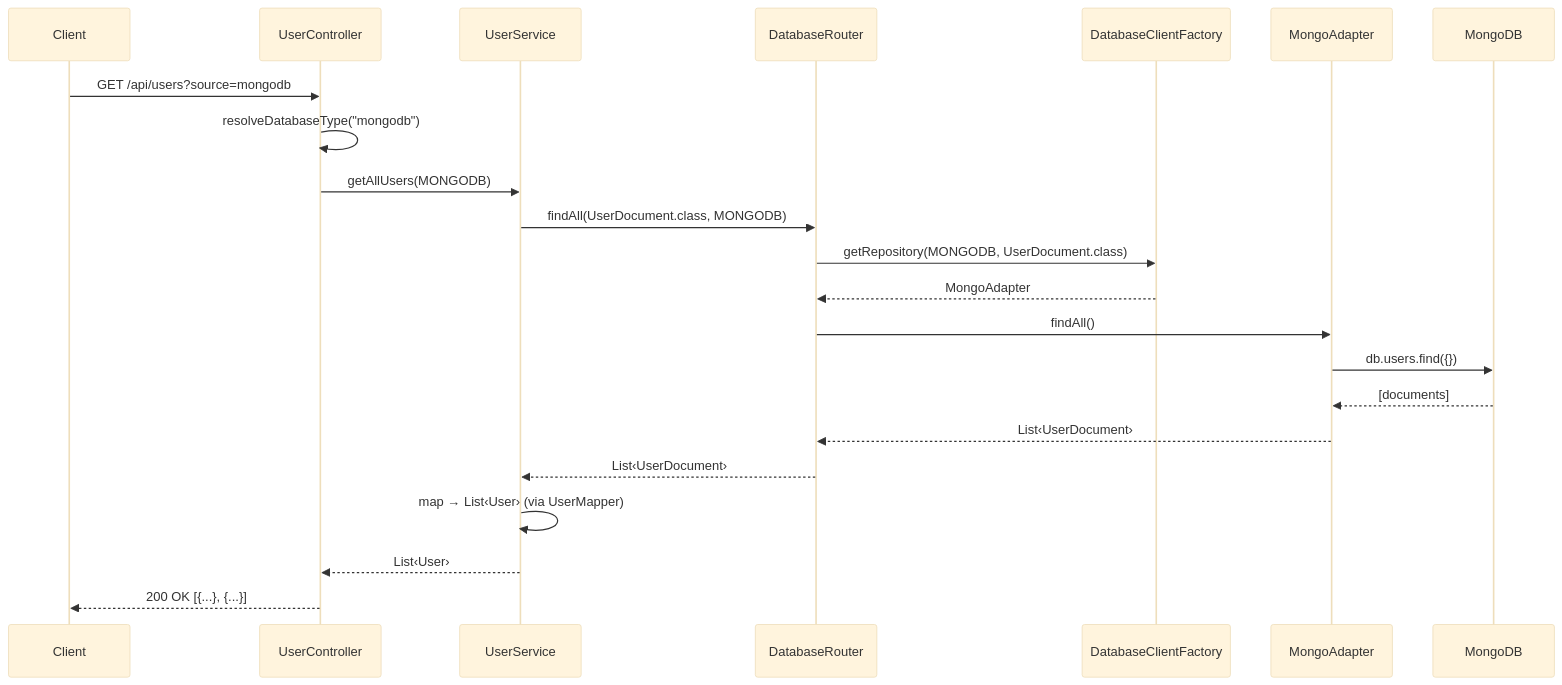
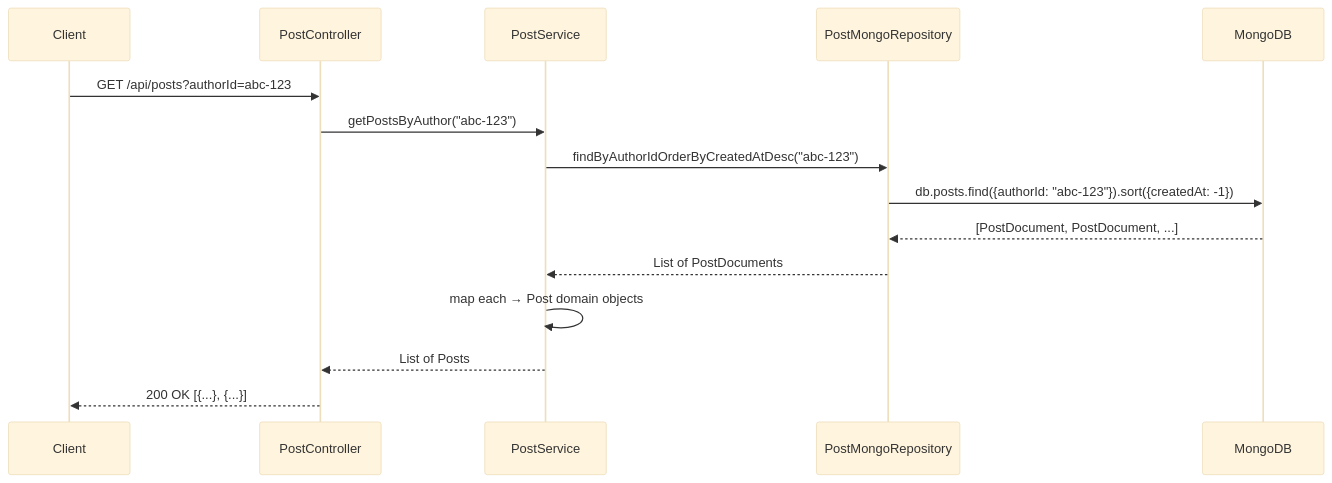
The sixth of 7 diagrams in README.md (tapeshchavle/twotier-db), drawn with Mermaid (base theme) before and after one commit. The commit also changed other lines of this file and 21 other files, not shown here.

````diff
--- a/README.md
+++ b/README.md
@@ -434,25 +310,18 @@
 ```mermaid
 sequenceDiagram
     participant Client
-    participant Controller as UserController
-    participant Service as UserService
-    participant Router as DatabaseRouter
-    participant Factory as DatabaseClientFactory
-    participant MongoAdapter as MongoAdapter
-    participant Mongo as MongoDB
+    participant PostController
+    participant PostService
+    participant PostMongoRepository
+    participant MongoDB
 
-    Client->>Controller: GET /api/users?source=mongodb
-    Controller->>Controller: resolveDatabaseType("mongodb")
-    Controller->>Service: getAllUsers(MONGODB)
-    Service->>Router: findAll(UserDocument.class, MONGODB)
-    Router->>Factory: getRepository(MONGODB, UserDocument.class)
-    Factory-->>Router: MongoAdapter
-    Router->>MongoAdapter: findAll()
-    MongoAdapter->>Mongo: db.users.find({})
-    Mongo-->>MongoAdapter: [documents]
-    MongoAdapter-->>Router: List‹UserDocument›
-    Router-->>Service: List‹UserDocument›
-    Service->>Service: map → List‹User› (via UserMapper)
-    Service-->>Controller: List‹User›
-    Controller-->>Client: 200 OK [{...}, {...}]
+    Client->>PostController: GET /api/posts?authorId=abc-123
+    PostController->>PostService: getPostsByAuthor("abc-123")
+    PostService->>PostMongoRepository: findByAuthorIdOrderByCreatedAtDesc("abc-123")
+    PostMongoRepository->>MongoDB: db.posts.find({authorId: "abc-123"}).sort({createdAt: -1})
+    MongoDB-->>PostMongoRepository: [PostDocument, PostDocument, ...]
+    PostMongoRepository-->>PostService: List of PostDocuments
+    PostService->>PostService: map each → Post domain objects
+    PostService-->>PostController: List of Posts
+    PostController-->>Client: 200 OK [{...}, {...}]
 ```
````
